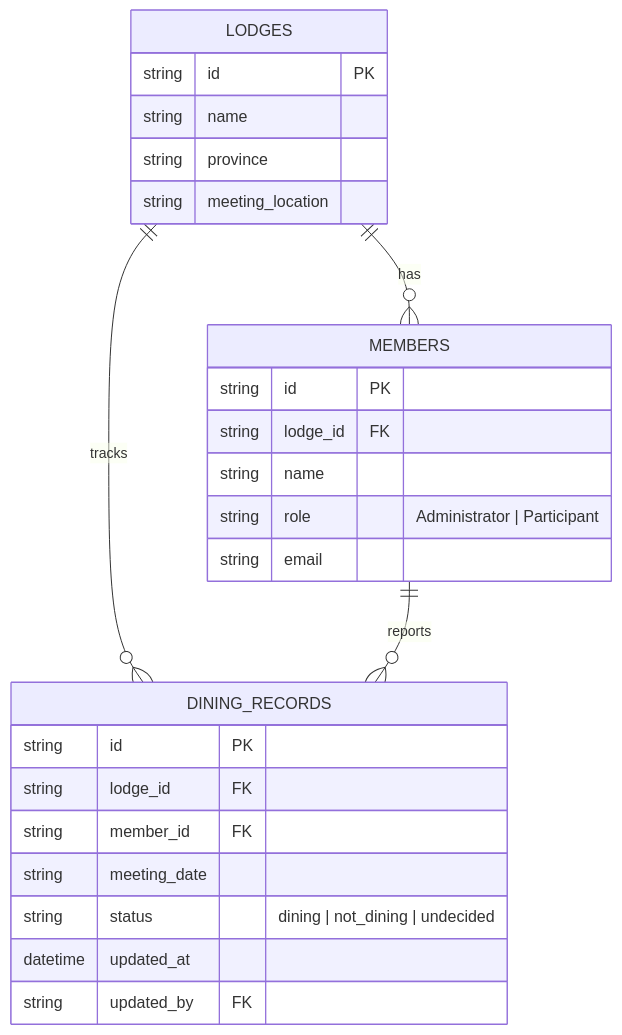
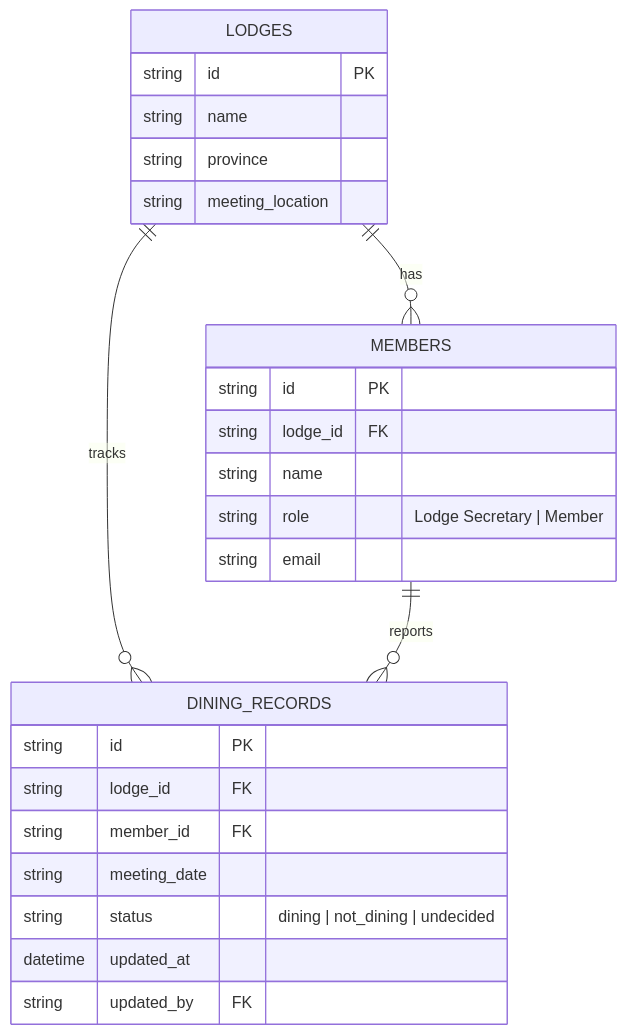
One commit to DarynHolmes/festive changed the fourth of 4 diagrams in documentation/02_architecture.md. Above: the diagram before and after it, drawn with Mermaid. The commit also changed other lines of this file and 10 other files, not shown here.

````diff
--- a/documentation/02_architecture.md
+++ b/documentation/02_architecture.md
@@ -101,29 +101,29 @@
 ```mermaid
 erDiagram
     LODGES {
         string id PK
         string name
         string province
         string meeting_location
     }
     MEMBERS {
         string id PK
         string lodge_id FK
         string name
-        string role "Administrator | Participant"
+        string role "Lodge Secretary | Member"
         string email
     }
     DINING_RECORDS {
         string id PK
         string lodge_id FK
         string member_id FK
         string meeting_date
         string status "dining | not_dining | undecided"
         datetime updated_at
         string updated_by FK
     }
 
     LODGES ||--o{ MEMBERS : has
     LODGES ||--o{ DINING_RECORDS : tracks
     MEMBERS ||--o{ DINING_RECORDS : reports
 ```
````
